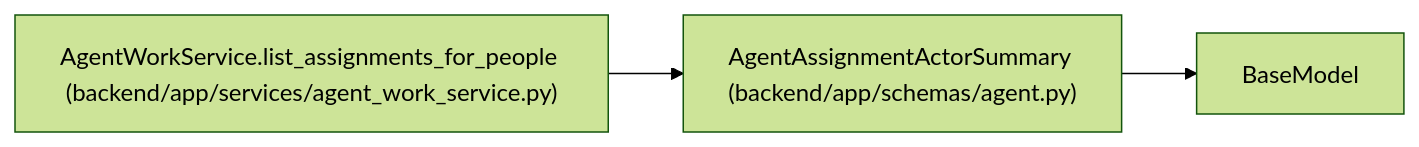
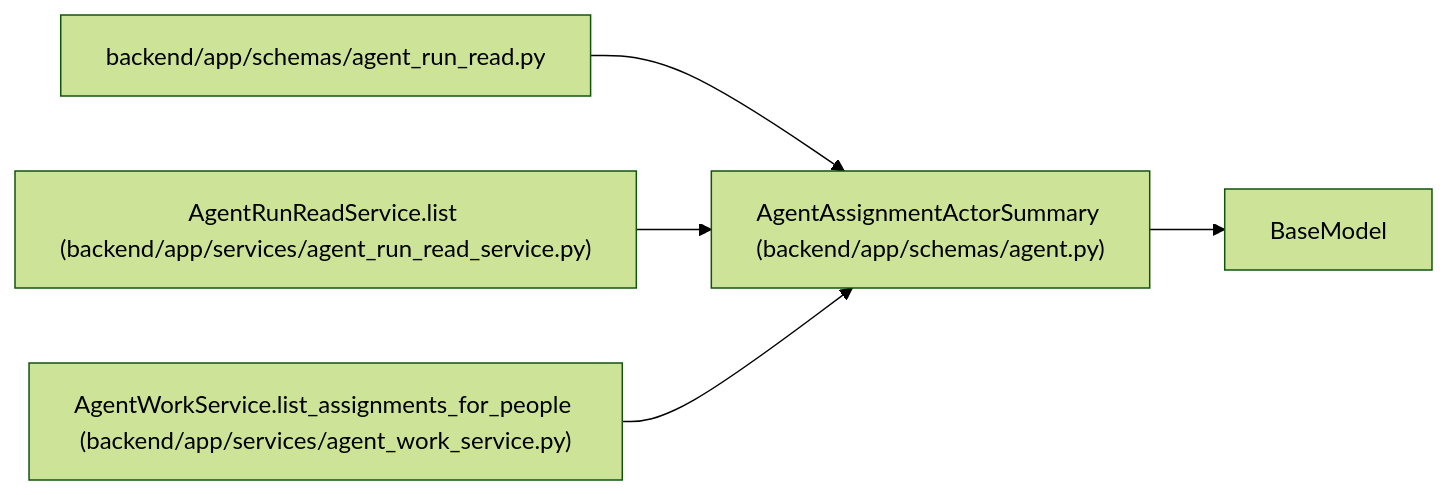
The diagram in docs/llm_wiki/entities/AgentAssignmentActorSummary.md (Denissvgn/WorkChord), drawn with Mermaid (forest theme) before and after one commit. The commit also changed other lines of this file and 879 other files, not shown here.

````diff
--- a/docs/llm_wiki/entities/AgentAssignmentActorSummary.md
+++ b/docs/llm_wiki/entities/AgentAssignmentActorSummary.md
@@ -28,10 +28,16 @@
 ```mermaid
 flowchart LR
     n0["AgentAssignmentActorSummary (backend/app/schemas/agent.py)"]
     n1["BaseModel"]
-    n2["AgentWorkService.list_assignments_for_people (backend/app/services/agent_work_service.py)"]
+    n2["backend/app/schemas/agent_run_read.py"]
+    n3["AgentRunReadService.list (backend/app/services/agent_run_read_service.py)"]
+    n4["AgentWorkService.list_assignments_for_people (backend/app/services/agent_work_service.py)"]
     n0 --> n1
     n2 --> n0
+    n3 --> n0
+    n4 --> n0
     click n0 "../modules/schemas_agent.md"
-    click n2 "../modules/agent_work_service.md"
+    click n2 "../modules/agent_run_read.md"
+    click n3 "../modules/agent_run_read_service.md"
+    click n4 "../modules/agent_work_service.md"
 ```
````
